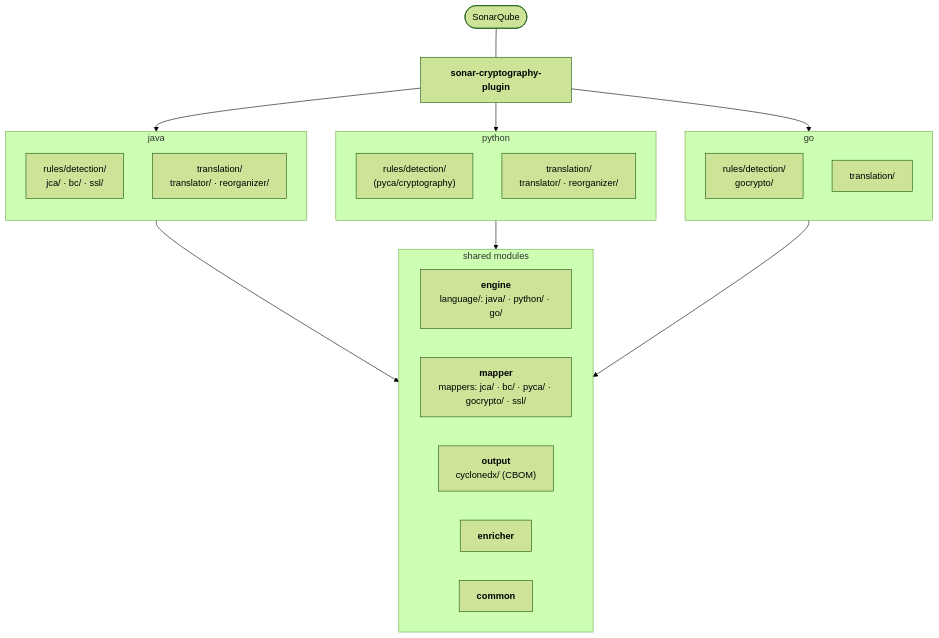
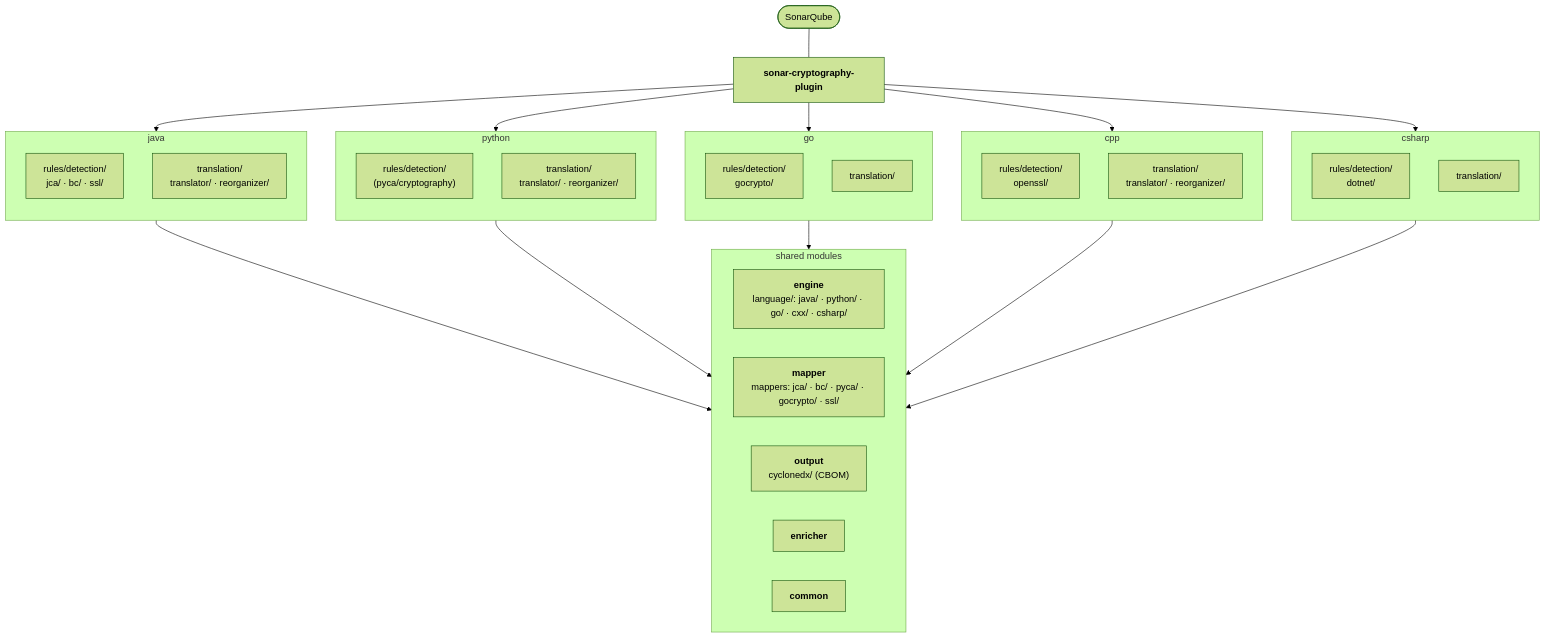
The diagram in docs/LANGUAGE_SUPPORT.md (cbomkit/sonar-cryptography), drawn with Mermaid (forest theme) before and after one commit. The commit also changed other lines of this file and 2 other files, not shown here.

````diff
--- a/docs/LANGUAGE_SUPPORT.md
+++ b/docs/LANGUAGE_SUPPORT.md
@@ -22,40 +21,56 @@
 ```mermaid
 flowchart TB
     SQ(["SonarQube"])
     PLUGIN["<b>sonar-cryptography-plugin</b>"]
 
     subgraph JAVA["java"]
         direction TB
         JRULES["rules/detection/<br/>jca/ · bc/ · ssl/"]
         JTRANS["translation/<br/>translator/ · reorganizer/"]
     end
 
     subgraph PYTHON["python"]
         direction TB
         PRULES["rules/detection/<br/>(pyca/cryptography)"]
         PTRANS["translation/<br/>translator/ · reorganizer/"]
     end
 
     subgraph GO["go"]
         direction TB
         GRULES["rules/detection/<br/>gocrypto/"]
         GTRANS["translation/"]
     end
 
+    subgraph CPP["cpp"]
+        direction TB
+        CRULES["rules/detection/<br/>openssl/"]
+        CTRANS["translation/<br/>translator/ · reorganizer/"]
+    end
+
+    subgraph CSHARP["csharp"]
+        direction TB
+        SRULES["rules/detection/<br/>dotnet/"]
+        STRANS["translation/"]
+    end
+
     subgraph SHARED["shared modules"]
         direction LR
-        ENGINE["<b>engine</b><br/>language/: java/ · python/ · go/"]
+        ENGINE["<b>engine</b><br/>language/: java/ · python/ · go/ · cxx/ · csharp/"]
         MAPPER["<b>mapper</b><br/>mappers: jca/ · bc/ · pyca/ · gocrypto/ · ssl/"]
         OUTPUT["<b>output</b><br/>cyclonedx/ (CBOM)"]
         ENRICHER["<b>enricher</b>"]
         COMMON["<b>common</b>"]
     end
 
     SQ --- PLUGIN
     PLUGIN --> JAVA
     PLUGIN --> PYTHON
     PLUGIN --> GO
+    PLUGIN --> CPP
+    PLUGIN --> CSHARP
     JAVA --> SHARED
     PYTHON --> SHARED
     GO --> SHARED
+    CPP --> SHARED
+    CSHARP --> SHARED
 ```
````
